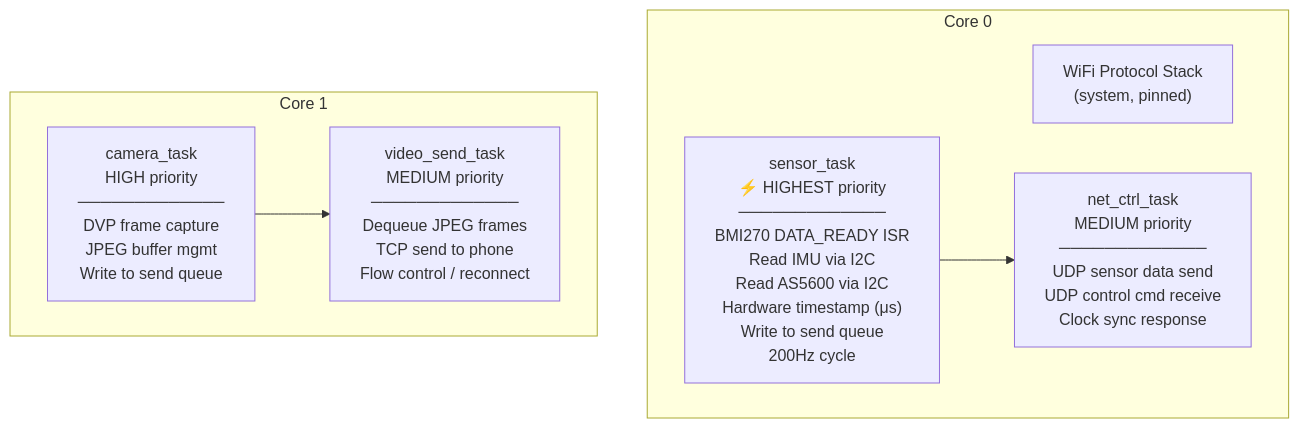
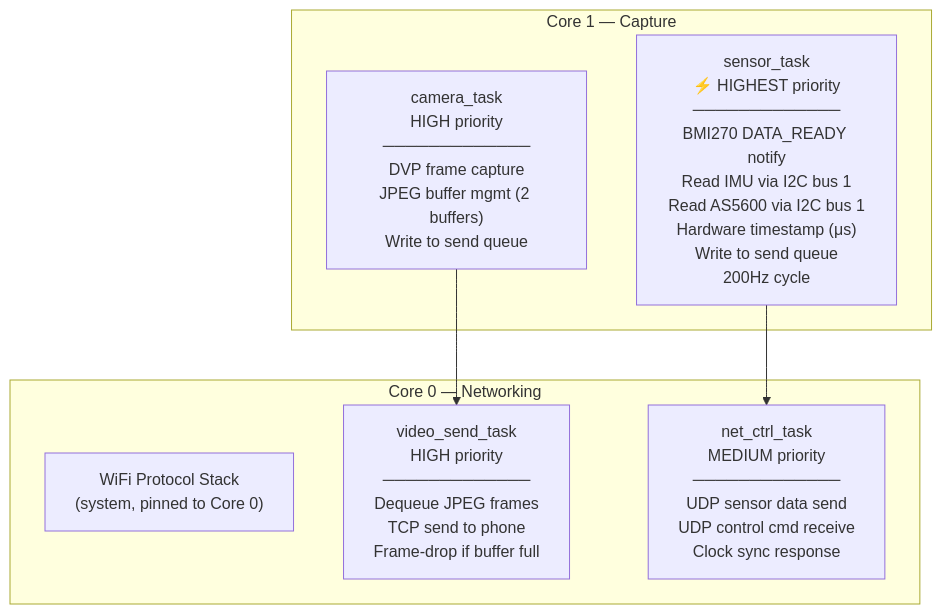
One commit to Auromix/OpenUMI changed the second of 8 diagrams in docs/design/system-design.md. Above: the diagram before and after it, drawn with Mermaid. The commit also changed other lines of this file and 1 other file, not shown here.

First line of the commit message:
Fix hardware design issues from comprehensive verification

````diff
--- a/docs/design/system-design.md
+++ b/docs/design/system-design.md
@@ -221,16 +229,16 @@
 ```mermaid
 graph TB
-    subgraph Core0["Core 0"]
-        WIFI["WiFi Protocol Stack<br/>(system, pinned)"]
-        SENSOR["sensor_task<br/>⚡ HIGHEST priority<br/>─────────────<br/>BMI270 DATA_READY ISR<br/>Read IMU via I2C<br/>Read AS5600 via I2C<br/>Hardware timestamp (μs)<br/>Write to send queue<br/>200Hz cycle"]
+    subgraph Core0["Core 0 — Networking"]
+        WIFI["WiFi Protocol Stack<br/>(system, pinned to Core 0)"]
+        VID["video_send_task<br/>HIGH priority<br/>─────────────<br/>Dequeue JPEG frames<br/>TCP send to phone<br/>Frame-drop if buffer full"]
         NET["net_ctrl_task<br/>MEDIUM priority<br/>─────────────<br/>UDP sensor data send<br/>UDP control cmd receive<br/>Clock sync response"]
     end
 
-    subgraph Core1["Core 1"]
-        CAM["camera_task<br/>HIGH priority<br/>─────────────<br/>DVP frame capture<br/>JPEG buffer mgmt<br/>Write to send queue"]
-        VID["video_send_task<br/>MEDIUM priority<br/>─────────────<br/>Dequeue JPEG frames<br/>TCP send to phone<br/>Flow control / reconnect"]
+    subgraph Core1["Core 1 — Capture"]
+        SENSOR["sensor_task<br/>⚡ HIGHEST priority<br/>─────────────<br/>BMI270 DATA_READY notify<br/>Read IMU via I2C bus 1<br/>Read AS5600 via I2C bus 1<br/>Hardware timestamp (μs)<br/>Write to send queue<br/>200Hz cycle"]
+        CAM["camera_task<br/>HIGH priority<br/>─────────────<br/>DVP frame capture<br/>JPEG buffer mgmt (2 buffers)<br/>Write to send queue"]
     end
 
     SENSOR --> NET
     CAM --> VID
 ```
````
